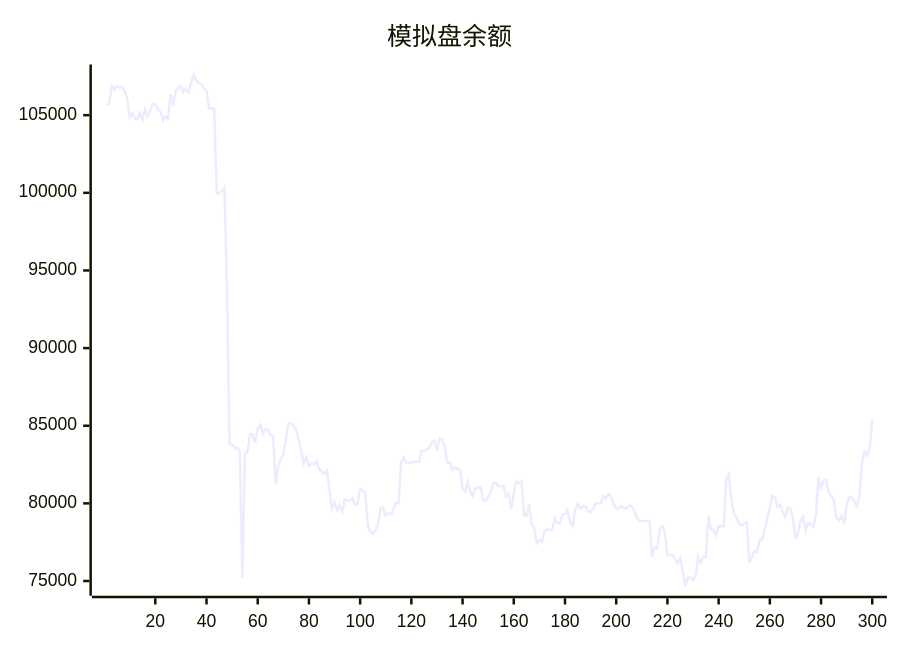
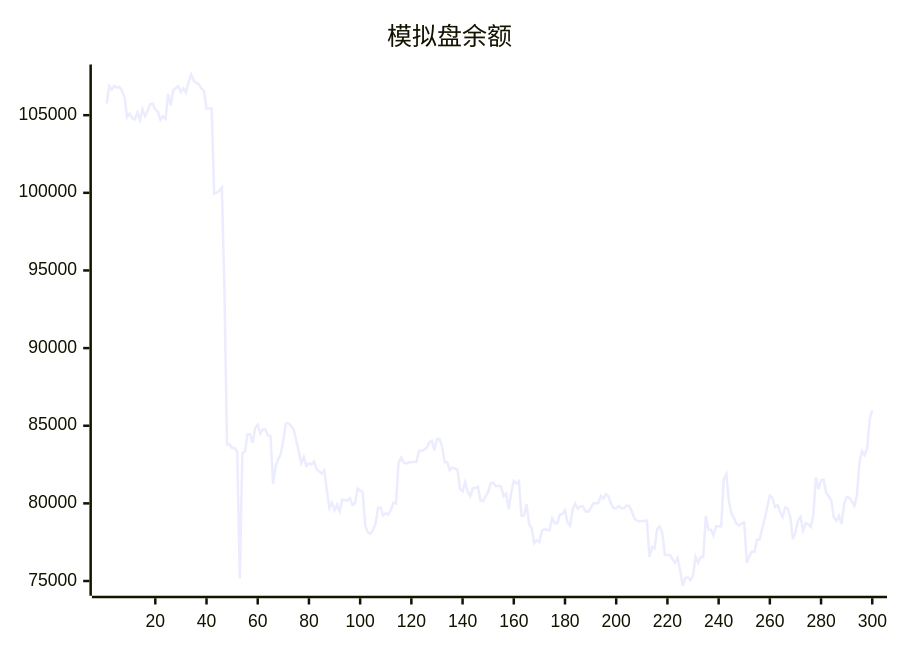
One commit to aahl/ai-trading changed the diagram in README.md. Above: the diagram before and after it, drawn with Mermaid. The commit also changed other lines of this file and 1 other file, not shown here.

````diff
--- a/README.md
+++ b/README.md
@@ -5,5 +5,5 @@
 ```mermaid
 xychart
     title "模拟盘余额"
-    line [105715,105749,106866,106651,106889,106771,106816,106565,106141,104876,105103,104796,104734,105169,104690,105380,104941,105272,105709,105739,105374,105227,104691,104924,104762,106364,105628,106608,106748,106872,106485,106721,106468,107132,107620,107224,107080,107001,106717,106567,105431,105431,105440,99950,100017,100113,100337,93749,83795,83807,83567,83567,83342,75168,83222,83336,84448,84449,83896,84839,85065,84499,84757,84757,84364,84347,81254,82385,82835,83184,84099,85150,85150,85002,84751,84096,83356,82582,82983,82404,82572,82512,82688,82200,82047,81920,82125,80840,79688,80060,79552,79920,79470,80236,80208,80170,80336,79894,80006,80954,80837,80712,78561,78139,78037,78293,78682,79720,79720,79214,79372,79279,79591,80046,79993,82625,82950,82626,82571,82633,82670,82670,82681,83386,83378,83464,83579,83920,84037,83402,84160,84142,83652,82655,82655,82145,82315,82243,82163,80934,80770,81371,80742,80468,80989,80989,81067,80191,80155,80450,80737,81309,81309,81106,81119,81119,80471,80631,79624,80670,81448,81290,81429,79212,79222,79940,78643,78380,77432,77623,77504,78235,78358,78284,78277,79048,78714,78714,79290,79308,79567,78763,78563,79603,79988,79652,79813,79813,79476,79469,79673,79995,80015,80015,80486,80314,80600,80436,79966,79689,79689,79819,79692,79692,79850,79850,79518,79071,78889,78850,78850,78878,78878,76554,77202,77103,78357,78510,78106,76678,76677,76672,76411,76159,76485,75656,74695,75197,75246,75052,75334,76564,76179,76553,76551,79196,78300,78300,77944,78531,78531,78521,81564,81884,80160,79335,79055,78675,78580,78708,78764,76179,76586,76902,76876,77658,77669,78346,79023,79769,80497,80366,79761,79896,79448,79126,79749,79658,79097,77695,78114,78888,79126,78249,78738,78653,78478,79271,81680,80923,81488,81527,80681,80455,80190,79084,78879,79193,78686,79954,80403,80374,80118,79848,80491,82665,83351,83098,83525,85430]
+    line [105749,106866,106651,106889,106771,106816,106565,106141,104876,105103,104796,104734,105169,104690,105380,104941,105272,105709,105739,105374,105227,104691,104924,104762,106364,105628,106608,106748,106872,106485,106721,106468,107132,107620,107224,107080,107001,106717,106567,105431,105431,105440,99950,100017,100113,100337,93749,83795,83807,83567,83567,83342,75168,83222,83336,84448,84449,83896,84839,85065,84499,84757,84757,84364,84347,81254,82385,82835,83184,84099,85150,85150,85002,84751,84096,83356,82582,82983,82404,82572,82512,82688,82200,82047,81920,82125,80840,79688,80060,79552,79920,79470,80236,80208,80170,80336,79894,80006,80954,80837,80712,78561,78139,78037,78293,78682,79720,79720,79214,79372,79279,79591,80046,79993,82625,82950,82626,82571,82633,82670,82670,82681,83386,83378,83464,83579,83920,84037,83402,84160,84142,83652,82655,82655,82145,82315,82243,82163,80934,80770,81371,80742,80468,80989,80989,81067,80191,80155,80450,80737,81309,81309,81106,81119,81119,80471,80631,79624,80670,81448,81290,81429,79212,79222,79940,78643,78380,77432,77623,77504,78235,78358,78284,78277,79048,78714,78714,79290,79308,79567,78763,78563,79603,79988,79652,79813,79813,79476,79469,79673,79995,80015,80015,80486,80314,80600,80436,79966,79689,79689,79819,79692,79692,79850,79850,79518,79071,78889,78850,78850,78878,78878,76554,77202,77103,78357,78510,78106,76678,76677,76672,76411,76159,76485,75656,74695,75197,75246,75052,75334,76564,76179,76553,76551,79196,78300,78300,77944,78531,78531,78521,81564,81884,80160,79335,79055,78675,78580,78708,78764,76179,76586,76902,76876,77658,77669,78346,79023,79769,80497,80366,79761,79896,79448,79126,79749,79658,79097,77695,78114,78888,79126,78249,78738,78653,78478,79271,81680,80923,81488,81527,80681,80455,80190,79084,78879,79193,78686,79954,80403,80374,80118,79848,80491,82665,83351,83098,83525,85430,85983]
 ```
````
